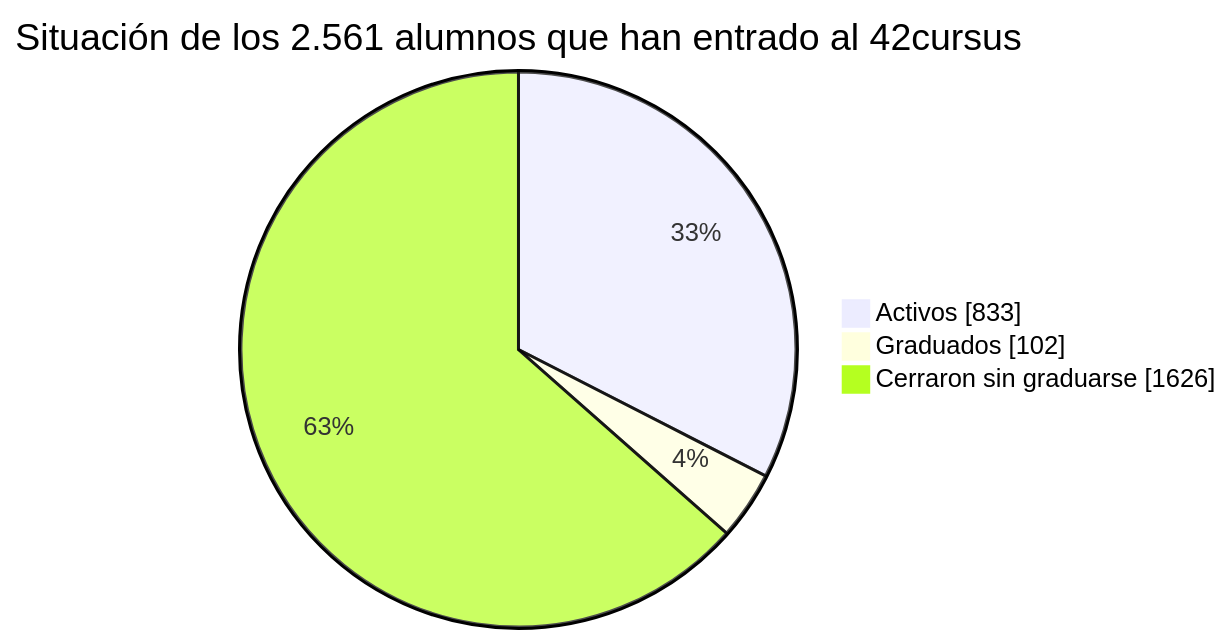
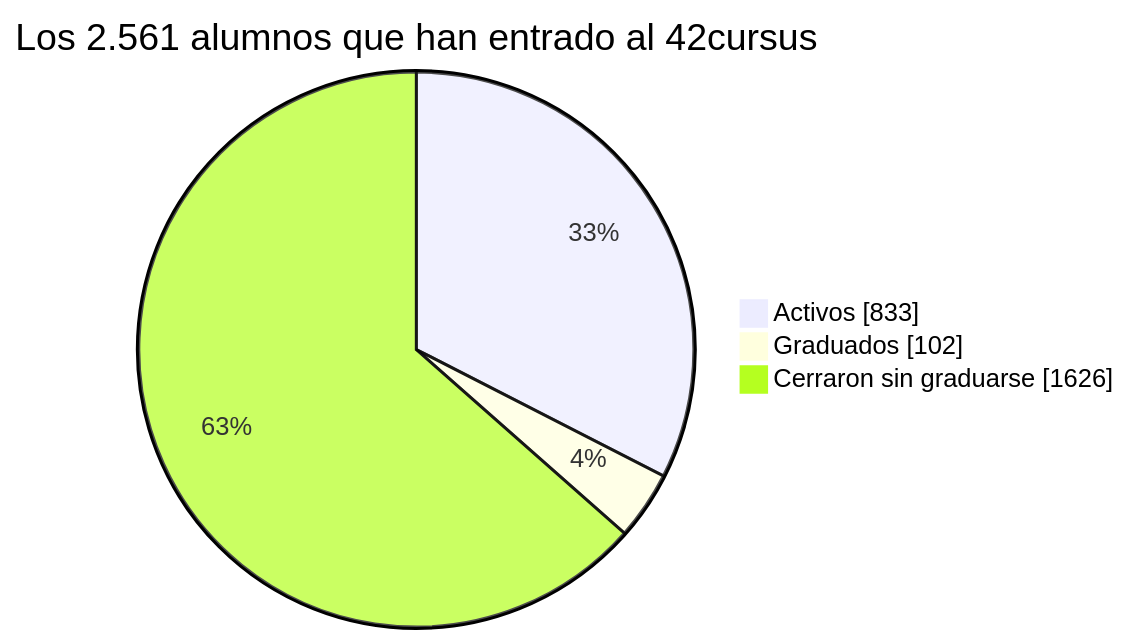
The diagram in docs/POC.md (jzelada97/42stats), drawn with Mermaid before and after one commit. The commit also changed other lines of this file and 2 other files, not shown here.

First line of the commit message:
docs: POC reescrito con voz humana, más corto y con las cifras al día; el script añade los recuentos de graduados

````diff
--- a/docs/POC.md
+++ b/docs/POC.md
@@ -45,6 +24,6 @@
 ```mermaid
-pie showData title Situación de los 2.561 alumnos que han entrado al 42cursus
+pie showData title Los 2.561 alumnos que han entrado al 42cursus
     "Activos" : 833
     "Graduados" : 102
     "Cerraron sin graduarse" : 1626
 ```
````
